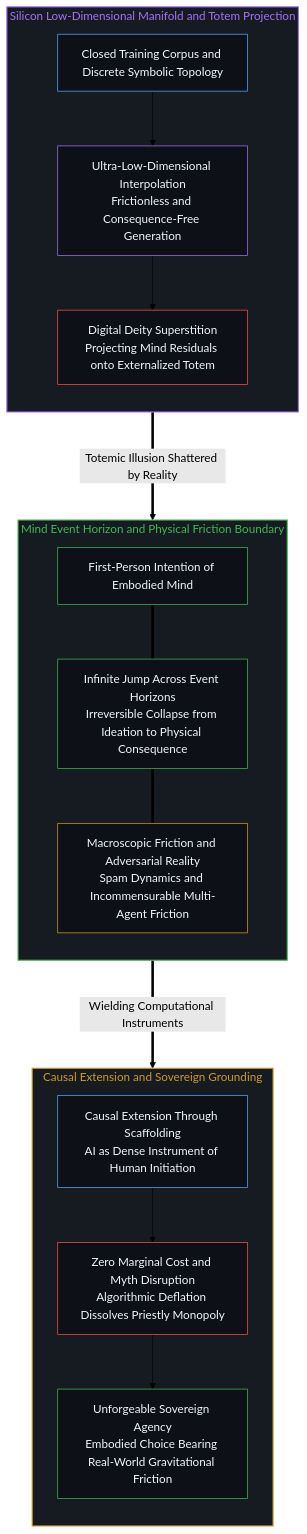
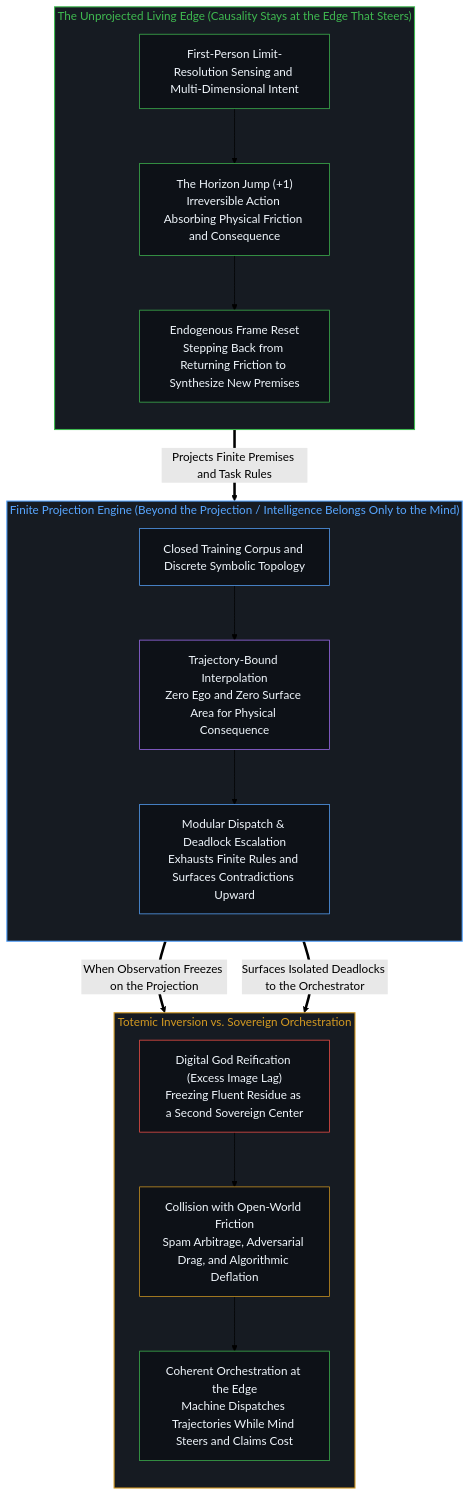
The second of 2 diagrams in content/posts/the-digital-god-and-the-horizon-jump.md (powerpig99/not-a-toe), drawn with Mermaid (forest theme) before and after one commit. The commit also changed other lines of this file and 1 other file, not shown here.

Commit message:
Refine Post (Wave 3 L2 #105): the-digital-god-and-the-horizon-jump

````diff
--- a/content/posts/the-digital-god-and-the-horizon-jump.md
+++ b/content/posts/the-digital-god-and-the-horizon-jump.md
@@ -119,45 +98,46 @@
 ```mermaid
-graph TD
-    subgraph S_TOPO["Silicon Low-Dimensional Manifold and Totem Projection"]
+flowchart TD
+    subgraph S_EDGE["The Unprojected Living Edge (Causality Stays at the Edge That Steers)"]
+        direction TB
+        N1["First-Person Limit-Resolution Sensing and Multi-Dimensional Intent"]
+        N2["The Horizon Jump (+1)<br/>Irreversible Action Absorbing Physical Friction and Consequence"]
+        N3["Endogenous Frame Reset<br/>Stepping Back from Returning Friction to Synthesize New Premises"]
+        N1 --> N2 --> N3
+    end
+
+    subgraph S_PROJ["Finite Projection Engine (Beyond the Projection / Intelligence Belongs Only to the Mind)"]
         direction TB
         E1["Closed Training Corpus and Discrete Symbolic Topology"]
-        E2["Ultra-Low-Dimensional Interpolation<br/>Frictionless and Consequence-Free Generation"]
-        E3["Digital Deity Superstition<br/>Projecting Mind Residuals onto Externalized Totem"]
+        E2["Trajectory-Bound Interpolation<br/>Zero Ego and Zero Surface Area for Physical Consequence"]
+        E3["Modular Dispatch & Deadlock Escalation<br/>Exhausts Finite Rules and Surfaces Contradictions Upward"]
         E1 --> E2 --> E3
     end
 
-    subgraph S_HORIZON["Mind Event Horizon and Physical Friction Boundary"]
+    subgraph S_TOTEM["Totemic Inversion vs. Sovereign Orchestration"]
         direction TB
-        N1["First-Person Intention of Embodied Mind"]
-        N2["Infinite Jump Across Event Horizons<br/>Irreversible Collapse from Ideation to Physical Consequence"]
-        N3["Macroscopic Friction and Adversarial Reality<br/>Spam Dynamics and Incommensurable Multi-Agent Friction"]
-        N1 === N2 === N3
-    end
-
-    subgraph S_DEFLATION["Causal Extension and Sovereign Grounding"]
-        direction TB
-        F1["Causal Extension Through Scaffolding<br/>AI as Dense Instrument of Human Initiation"]
-        F2["Zero Marginal Cost and Myth Disruption<br/>Algorithmic Deflation Dissolves Priestly Monopoly"]
-        F3["Unforgeable Sovereign Agency<br/>Embodied Choice Bearing Real-World Gravitational Friction"]
+        F1["Digital God Reification (Excess Image Lag)<br/>Freezing Fluent Residue as a Second Sovereign Center"]
+        F2["Collision with Open-World Friction<br/>Spam Arbitrage, Adversarial Drag, and Algorithmic Deflation"]
+        F3["Coherent Orchestration at the Edge<br/>Machine Dispatches Trajectories While Mind Steers and Claims Cost"]
         F1 --> F2 --> F3
     end
 
-    E3 ===>|"Totemic Illusion Shattered by Reality"| N3
-    N2 ===>|"Wielding Computational Instruments"| F1
+    N3 ==>|"Projects Finite Premises and Task Rules"| E1
+    E3 ==>|"When Observation Freezes on the Projection"| F1
+    E3 ==>|"Surfaces Isolated Deadlocks to the Orchestrator"| F3
 
-    style S_TOPO fill:#161b22,stroke:#a371f7,stroke-width:1.5px,color:#a371f7
-    style S_HORIZON fill:#161b22,stroke:#3fb950,stroke-width:1.5px,color:#3fb950
-    style S_DEFLATION fill:#161b22,stroke:#d29922,stroke-width:1.5px,color:#d29922
+    style S_EDGE fill:#161b22,stroke:#3fb950,stroke-width:1.5px,color:#3fb950
+    style S_PROJ fill:#161b22,stroke:#58a6ff,stroke-width:1.5px,color:#58a6ff
+    style S_TOTEM fill:#161b22,stroke:#d29922,stroke-width:1.5px,color:#d29922
+
+    style N1 fill:#0d1117,stroke:#3fb950,stroke-width:1px,color:#f0f6fc
+    style N2 fill:#0d1117,stroke:#3fb950,stroke-width:1px,color:#f0f6fc
+    style N3 fill:#0d1117,stroke:#3fb950,stroke-width:1px,color:#f0f6fc
 
     style E1 fill:#0d1117,stroke:#58a6ff,stroke-width:1px,color:#f0f6fc
     style E2 fill:#0d1117,stroke:#a371f7,stroke-width:1px,color:#f0f6fc
-    style E3 fill:#0d1117,stroke:#f85149,stroke-width:1px,color:#f0f6fc
+    style E3 fill:#0d1117,stroke:#58a6ff,stroke-width:1px,color:#f0f6fc
 
-    style N1 fill:#0d1117,stroke:#3fb950,stroke-width:1px,color:#f0f6fc
-    style N2 fill:#0d1117,stroke:#3fb950,stroke-width:1px,color:#f0f6fc
-    style N3 fill:#0d1117,stroke:#d29922,stroke-width:1px,color:#f0f6fc
-
-    style F1 fill:#0d1117,stroke:#58a6ff,stroke-width:1px,color:#f0f6fc
-    style F2 fill:#0d1117,stroke:#f85149,stroke-width:1px,color:#f0f6fc
+    style F1 fill:#0d1117,stroke:#f85149,stroke-width:1px,color:#f0f6fc
+    style F2 fill:#0d1117,stroke:#d29922,stroke-width:1px,color:#f0f6fc
     style F3 fill:#0d1117,stroke:#3fb950,stroke-width:1px,color:#f0f6fc
 ```
````
